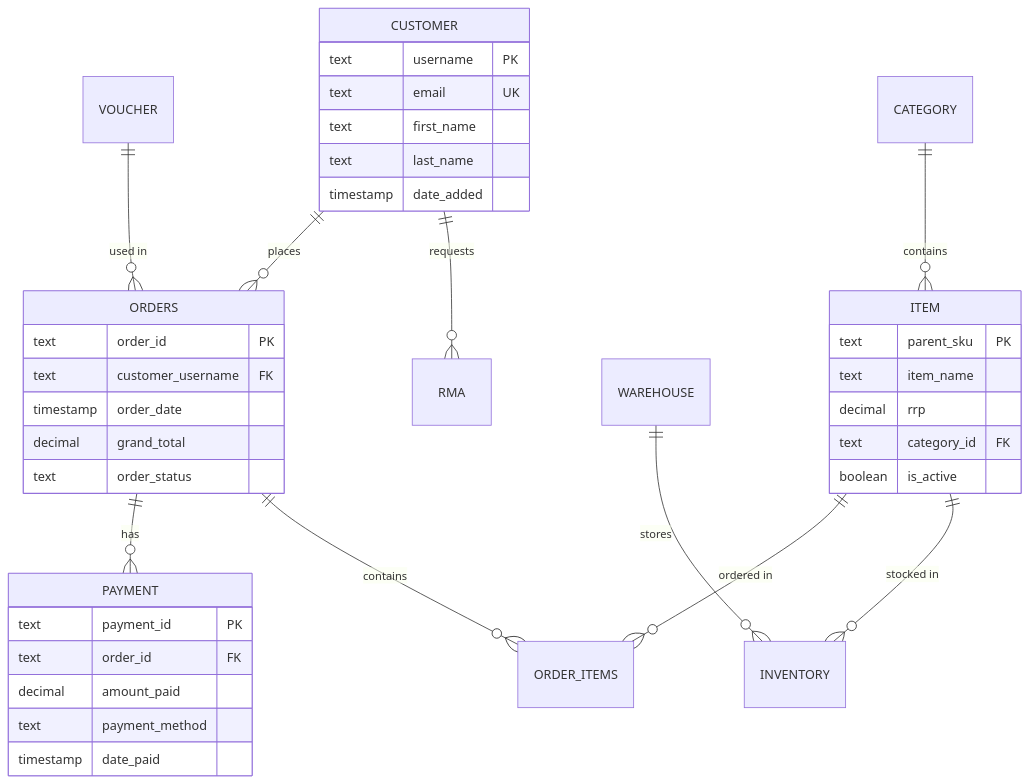
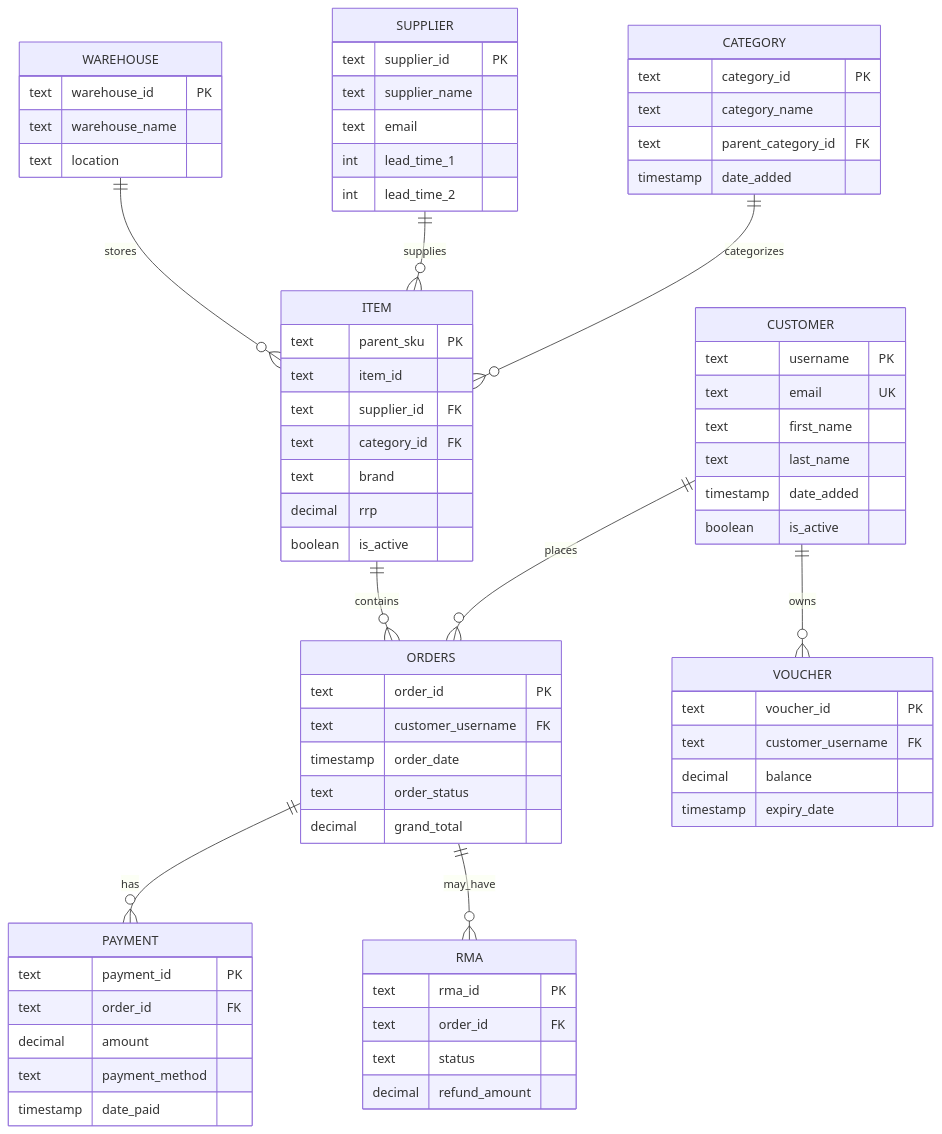
Before and after one commit to lumberjack-so/neto-export: the fifth of 13 diagrams in ARCHITECTURE_DIAGRAMS.md, drawn with Mermaid. The commit also changed other lines of this file and 3 other files, not shown here.

````diff
--- a/ARCHITECTURE_DIAGRAMS.md
+++ b/ARCHITECTURE_DIAGRAMS.md
@@ -173,44 +262,81 @@
 ```mermaid
 erDiagram
     CUSTOMER ||--o{ ORDERS : places
     ORDERS ||--o{ PAYMENT : has
-    ORDERS ||--o{ ORDER_ITEMS : contains
-    ITEM ||--o{ ORDER_ITEMS : "ordered in"
-    CATEGORY ||--o{ ITEM : contains
-    WAREHOUSE ||--o{ INVENTORY : stores
-    ITEM ||--o{ INVENTORY : "stocked in"
-    CUSTOMER ||--o{ RMA : requests
-    VOUCHER ||--o{ ORDERS : "used in"
+    ORDERS ||--o{ RMA : may_have
+    ITEM ||--o{ ORDERS : contains
+    CATEGORY ||--o{ ITEM : categorizes
+    SUPPLIER ||--o{ ITEM : supplies
+    WAREHOUSE ||--o{ ITEM : stores
+    CUSTOMER ||--o{ VOUCHER : owns
     
     CUSTOMER {
         text username PK
         text email UK
         text first_name
         text last_name
         timestamp date_added
+        boolean is_active
     }
     
     ORDERS {
         text order_id PK
         text customer_username FK
         timestamp order_date
+        text order_status
         decimal grand_total
-        text order_status
-    }
-    
-    ITEM {
-        text parent_sku PK
-        text item_name
-        decimal rrp
-        text category_id FK
-        boolean is_active
     }
     
     PAYMENT {
         text payment_id PK
         text order_id FK
-        decimal amount_paid
+        decimal amount
         text payment_method
         timestamp date_paid
     }
+    
+    ITEM {
+        text parent_sku PK
+        text item_id
+        text supplier_id FK
+        text category_id FK
+        text brand
+        decimal rrp
+        boolean is_active
+    }
+    
+    CATEGORY {
+        text category_id PK
+        text category_name
+        text parent_category_id FK
+        timestamp date_added
+    }
+    
+    SUPPLIER {
+        text supplier_id PK
+        text supplier_name
+        text email
+        int lead_time_1
+        int lead_time_2
+    }
+    
+    WAREHOUSE {
+        text warehouse_id PK
+        text warehouse_name
+        text location
+    }
+    
+    RMA {
+        text rma_id PK
+        text order_id FK
+        text status
+        decimal refund_amount
+    }
+    
+    VOUCHER {
+        text voucher_id PK
+        text customer_username FK
+        decimal balance
+        timestamp expiry_date
+    }
 ```
````
